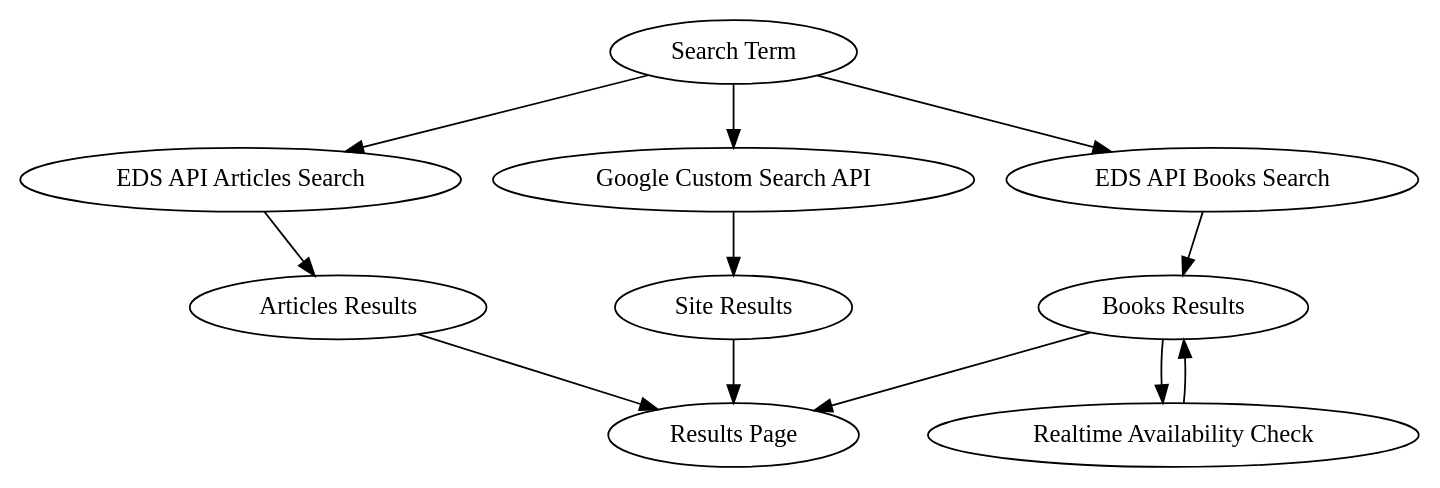
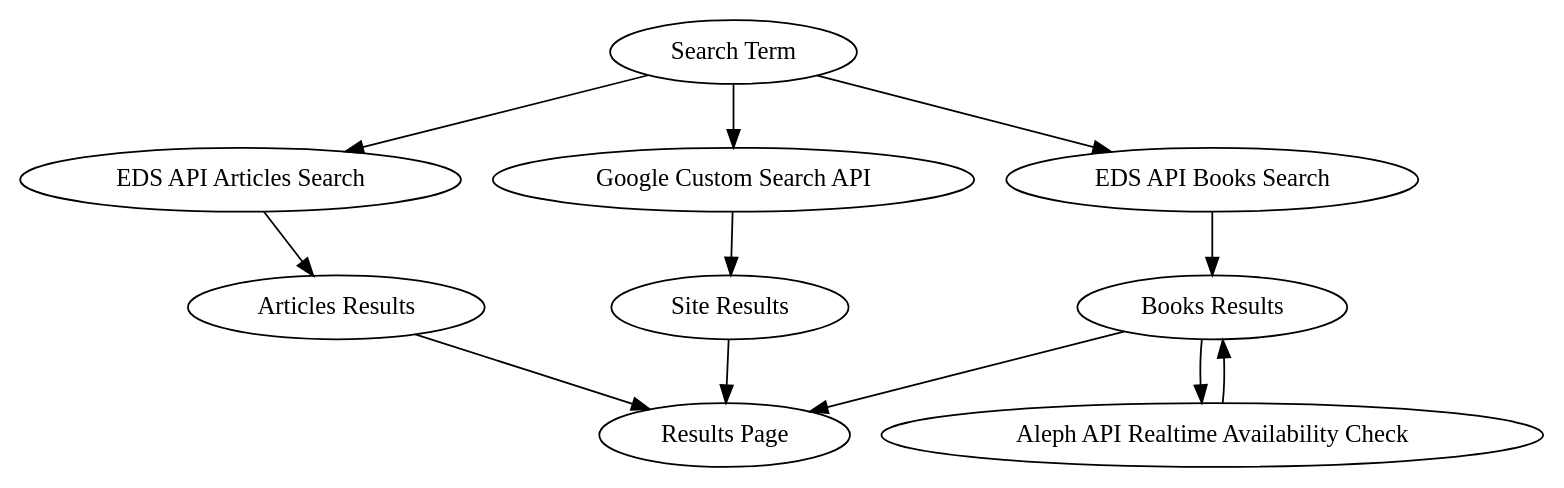
Before and after one commit to MITLibraries/bento: the diagram in docs/charts/bento_overview.dot, drawn with Graphviz. The commit also changed 1 other file, not shown here.

Commit message:
Minor update to some wording in the overview chart

```diff
--- a/docs/charts/bento_overview.dot
+++ b/docs/charts/bento_overview.dot
@@ -1,15 +1,17 @@
+// dot docs/charts/bento_overview.dot -Tpng > docs/charts/bento_overview.png
+
 digraph G {
   "Search Term" -> "EDS API Articles Search"
   "EDS API Articles Search" -> "Articles Results"
   "Articles Results" -> "Results Page"
 
   "Search Term" -> "EDS API Books Search"
   "EDS API Books Search" -> "Books Results"
-  "Books Results" -> "Realtime Availability Check"
-  "Realtime Availability Check" -> "Books Results"
+  "Books Results" -> "Aleph API Realtime Availability Check"
+  "Aleph API Realtime Availability Check" -> "Books Results"
   "Books Results" -> "Results Page"
 
   "Search Term" -> "Google Custom Search API"
   "Google Custom Search API" -> "Site Results"
   "Site Results" -> "Results Page"
 }
```
